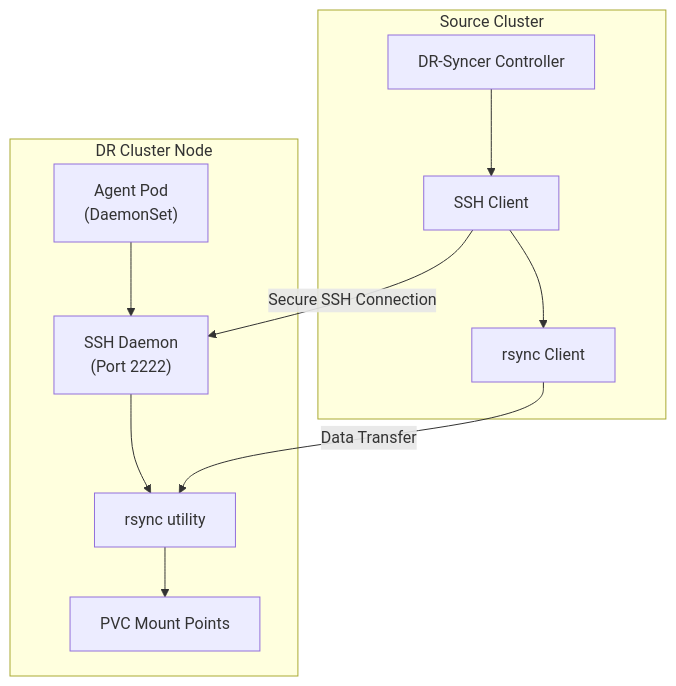
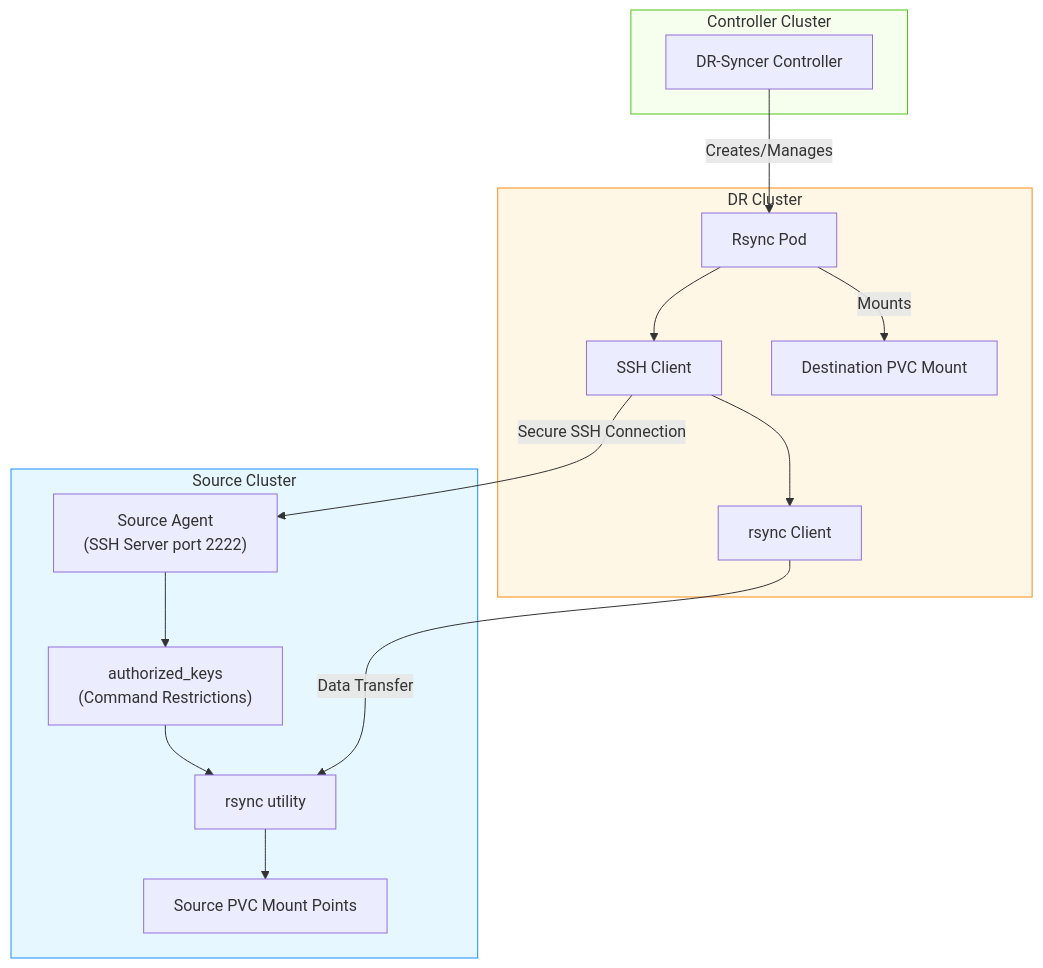
One commit to SupportTools/dr-syncer changed the fifth of 7 diagrams in docs/docs/overview.md. Above: the diagram before and after it, drawn with Mermaid. The commit also changed other lines of this file and 2 other files, not shown here.

First line of the commit message:
Fix architecture diagrams in documentation

````diff
--- a/docs/docs/overview.md
+++ b/docs/docs/overview.md
@@ -237,25 +267,40 @@
 ```mermaid
 flowchart TD
-    subgraph "DR Cluster Node"
-        Agent["Agent Pod<br/>(DaemonSet)"]
-        SSHD["SSH Daemon<br/>(Port 2222)"]
+    subgraph Source["Source Cluster"]
+        SAgent["Source Agent<br/>(SSH Server port 2222)"]
+        AuthKeys["authorized_keys<br/>(Command Restrictions)"]
         Rsync["rsync utility"]
-        PVCMounts["PVC Mount Points"]
+        SPVC["Source PVC Mount Points"]
         
-        Agent --> SSHD
-        SSHD --> Rsync
-        Rsync --> PVCMounts
+        SAgent --> AuthKeys
+        AuthKeys --> Rsync
+        Rsync --> SPVC
     end
     
-    subgraph "Source Cluster"
-        Controller["DR-Syncer Controller"]
+    subgraph Controller["Controller Cluster"]
+        C["DR-Syncer Controller"]
+    end
+    
+    subgraph DR["DR Cluster"]
+        RPod["Rsync Pod"]
         SSHClient["SSH Client"]
         RsyncClient["rsync Client"]
+        DPVC["Destination PVC Mount"]
         
-        Controller --> SSHClient
+        RPod --> SSHClient
         SSHClient --> RsyncClient
+        RPod -- "Mounts" --> DPVC
     end
     
-    SSHClient -- "Secure SSH Connection" --> SSHD
+    C -- "Creates/Manages" --> RPod
+    SSHClient -- "Secure SSH Connection" --> SAgent
     RsyncClient -- "Data Transfer" --> Rsync
+    
+    classDef sourceCluster fill:#e6f7ff,stroke:#1890ff;
+    classDef controllerCluster fill:#f6ffed,stroke:#52c41a;
+    classDef drCluster fill:#fff7e6,stroke:#fa8c16;
+    
+    class Source sourceCluster;
+    class Controller controllerCluster;
+    class DR drCluster;
 ```
````
